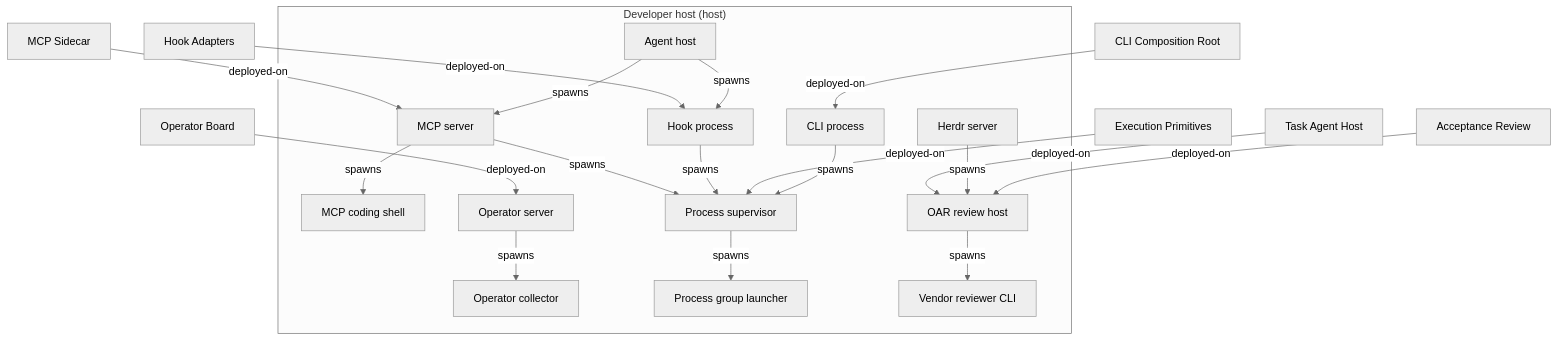
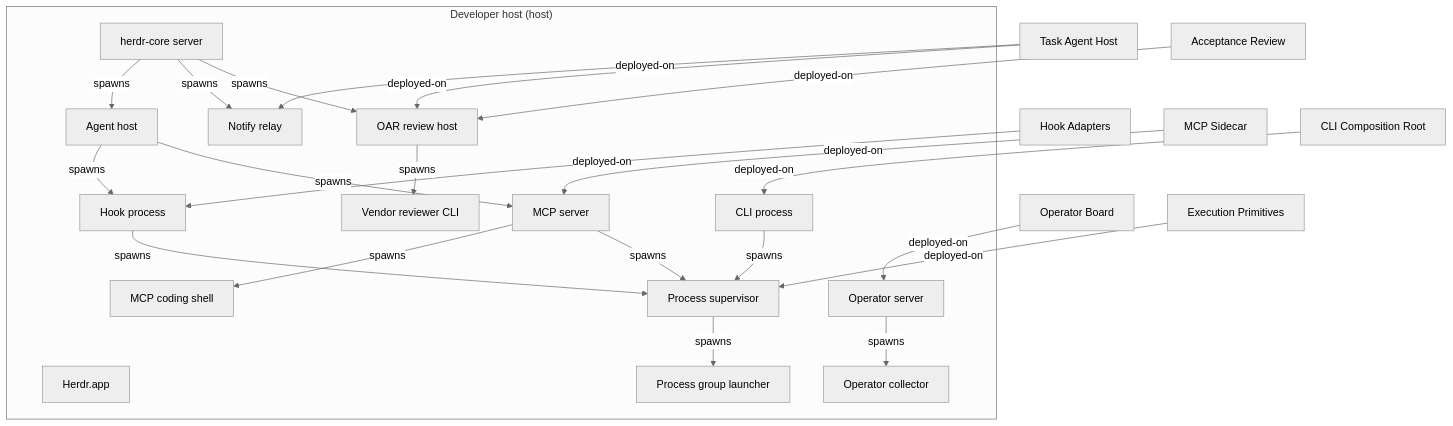
Before and after one commit to Ancienttwo/repo-harness: the diagram in docs/architecture/diagrams/runtime-topology.mmd, drawn with Mermaid (neutral theme). The commit also changed 39 other files, not shown here.

First line of the commit message:
chore(architecture): model herdr-core and Herdr.app, name the hc reads (#1483) (#1557)

```diff
--- a/docs/architecture/diagrams/runtime-topology.mmd
+++ b/docs/architecture/diagrams/runtime-topology.mmd
@@ -1,40 +1,45 @@
 %% Generated by ArchContext. Native model remains source of truth.
 flowchart TB
   subgraph namespace_host_developer["Developer host (host)"]
     process_agent_host["Agent host"]
     process_cli["CLI process"]
-    process_herdr_server["Herdr server"]
+    process_herdr_app["Herdr.app"]
+    process_herdr_core_server["herdr-core server"]
     process_hook["Hook process"]
     process_mcp_coding_shell["MCP coding shell"]
     process_mcp_server["MCP server"]
+    process_notify_relay["Notify relay"]
     process_oar_review_host["OAR review host"]
     process_operator_collector["Operator collector"]
     process_operator_server["Operator server"]
     process_process_group_launcher["Process group launcher"]
     process_process_supervisor["Process supervisor"]
     process_vendor_cli["Vendor reviewer CLI"]
   end
   capability_runtime_harness_hook_adapters["Hook Adapters"]
   capability_runtime_harness_mcp_sidecar["MCP Sidecar"]
   capability_runtime_harness_operator["Operator Board"]
   capability_runtime_harness_task_agent_host["Task Agent Host"]
   capability_verification_acceptance_review["Acceptance Review"]
   capability_workflow_engine_execution_primitives["Execution Primitives"]
   component_global_runtime_reconciliation_cli_root["CLI Composition Root"]
   capability_verification_acceptance_review -->|"deployed-on"| process_oar_review_host
   process_agent_host -->|"spawns"| process_hook
   process_agent_host -->|"spawns"| process_mcp_server
   component_global_runtime_reconciliation_cli_root -->|"deployed-on"| process_cli
   process_cli -->|"spawns"| process_process_supervisor
   capability_workflow_engine_execution_primitives -->|"deployed-on"| process_process_supervisor
-  process_herdr_server -->|"spawns"| process_oar_review_host
+  process_herdr_core_server -->|"spawns"| process_agent_host
+  process_herdr_core_server -->|"spawns"| process_notify_relay
+  process_herdr_core_server -->|"spawns"| process_oar_review_host
   capability_runtime_harness_hook_adapters -->|"deployed-on"| process_hook
   process_hook -->|"spawns"| process_process_supervisor
   process_mcp_server -->|"spawns"| process_mcp_coding_shell
   process_mcp_server -->|"spawns"| process_process_supervisor
   capability_runtime_harness_mcp_sidecar -->|"deployed-on"| process_mcp_server
   process_oar_review_host -->|"spawns"| process_vendor_cli
   process_operator_server -->|"spawns"| process_operator_collector
   capability_runtime_harness_operator -->|"deployed-on"| process_operator_server
   process_process_supervisor -->|"spawns"| process_process_group_launcher
+  capability_runtime_harness_task_agent_host -->|"deployed-on"| process_notify_relay
   capability_runtime_harness_task_agent_host -->|"deployed-on"| process_oar_review_host
```
